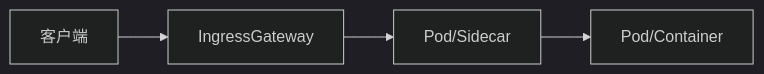
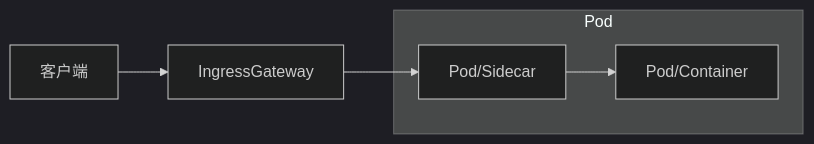
The second of 4 diagrams in kubernetes/service_mesh - istio/流量管理.md (ryan4yin/knowledge), drawn with Mermaid (dark theme) before and after one commit. The commit also changed other lines of this file, not shown here.

````diff
--- a/kubernetes/service_mesh - istio/流量管理.md
+++ b/kubernetes/service_mesh - istio/流量管理.md
@@ -21,4 +21,9 @@
 ```mermaid
 graph LR
 客户端 --> IngressGateway --> Pod/Sidecar --> Pod/Container
+  
+  subgraph Pod
+  Pod/Container
+  Pod/Sidecar
+  end
 ```
````
